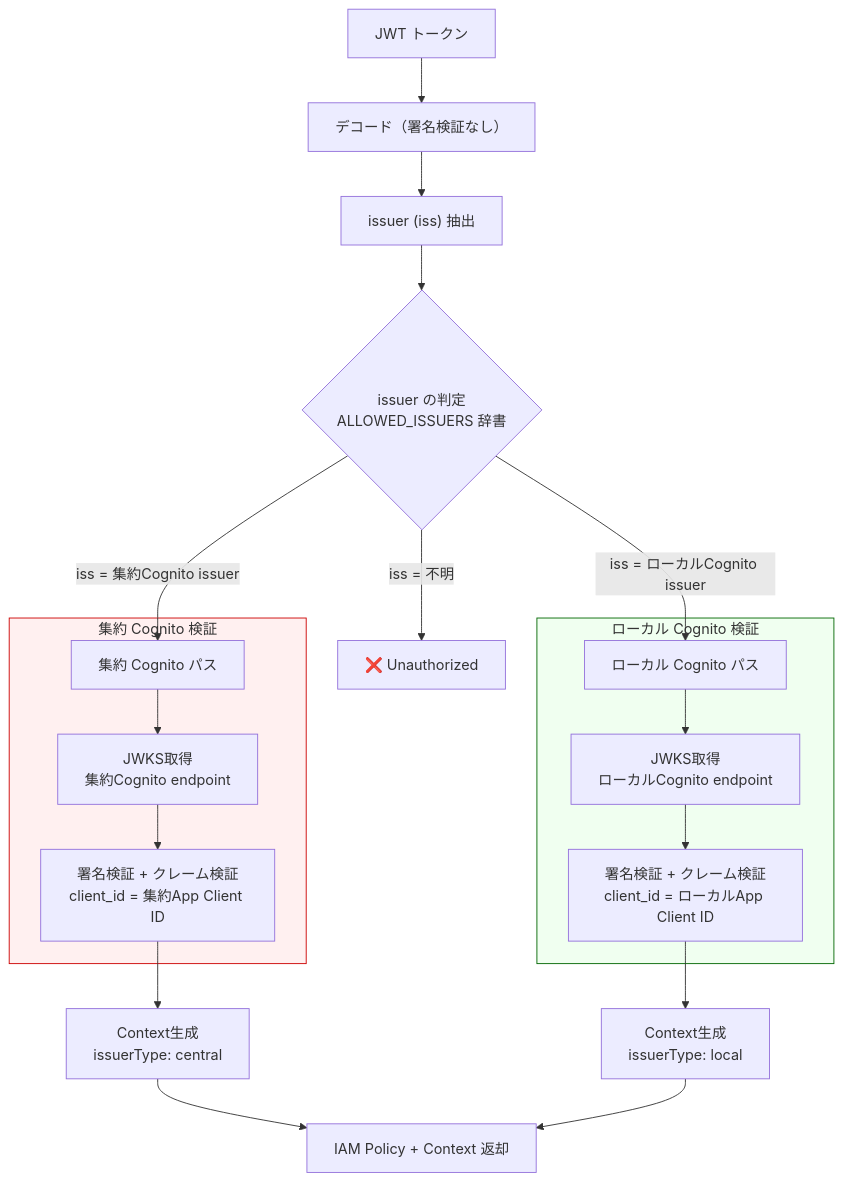
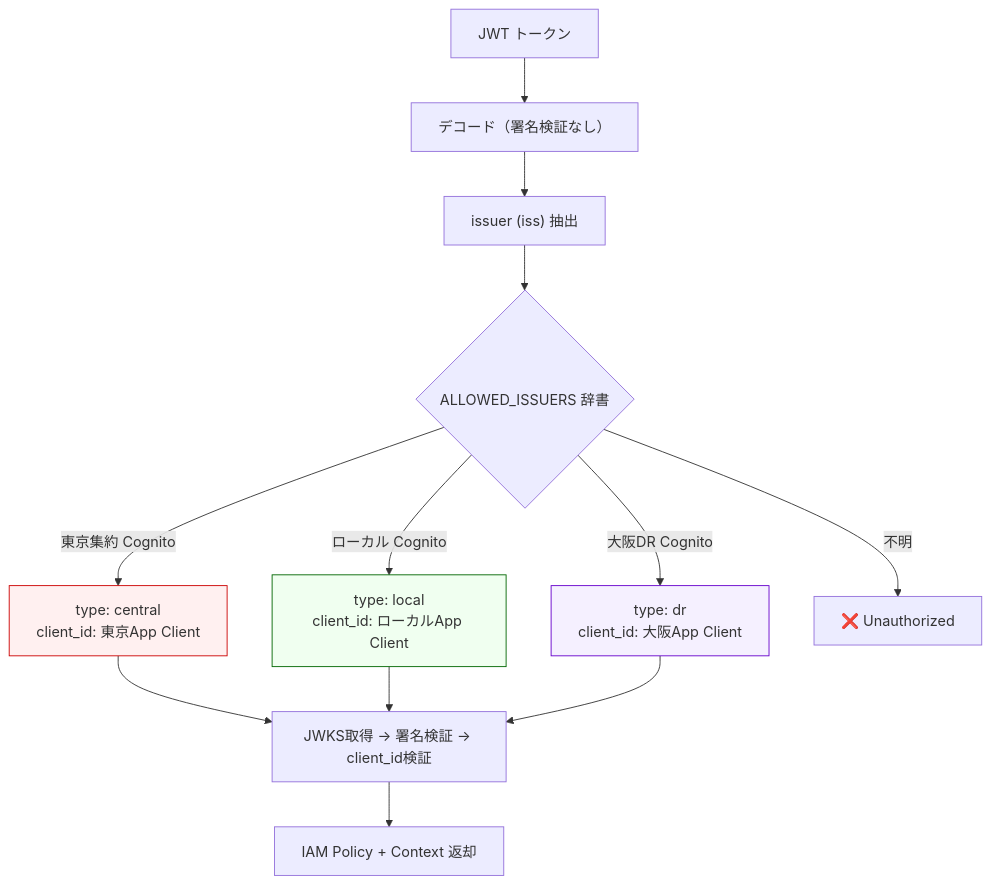
The third of 5 diagrams in doc/design/auth-flow.md (suepie/aws-atuh-poc), drawn with Mermaid before and after one commit. The commit also changed other lines of this file and 10 other files, not shown here.

````diff
--- a/doc/design/auth-flow.md
+++ b/doc/design/auth-flow.md
@@ -177,30 +108,20 @@
 ```mermaid
 flowchart TB
     JWT["JWT トークン"] --> Decode["デコード（署名検証なし）"]
     Decode --> ExtractIss["issuer (iss) 抽出"]
+    ExtractIss --> Check{ALLOWED_ISSUERS 辞書}
 
-    ExtractIss --> Check{issuer の判定<br/>ALLOWED_ISSUERS 辞書}
+    Check -->|"東京集約 Cognito"| Central["type: central\nclient_id: 東京App Client"]
+    Check -->|"ローカル Cognito"| Local["type: local\nclient_id: ローカルApp Client"]
+    Check -->|"大阪DR Cognito"| DR["type: dr\nclient_id: 大阪App Client"]
+    Check -->|"不明"| Deny["❌ Unauthorized"]
 
-    Check -->|"iss = 集約Cognito issuer"| Central["集約 Cognito パス"]
-    Check -->|"iss = ローカルCognito issuer"| Local["ローカル Cognito パス"]
-    Check -->|"iss = 不明"| Deny["❌ Unauthorized"]
+    Central --> Verify["JWKS取得 → 署名検証 → client_id検証"]
+    Local --> Verify
+    DR --> Verify
+    Verify --> Policy["IAM Policy + Context 返却"]
 
-    subgraph CentralFlow["集約 Cognito 検証"]
-        Central --> CentralJWKS["JWKS取得\n集約Cognito endpoint"]
-        CentralJWKS --> CentralVerify["署名検証 + クレーム検証\nclient_id = 集約App Client ID"]
-    end
-
-    subgraph LocalFlow["ローカル Cognito 検証"]
-        Local --> LocalJWKS["JWKS取得\nローカルCognito endpoint"]
-        LocalJWKS --> LocalVerify["署名検証 + クレーム検証\nclient_id = ローカルApp Client ID"]
-    end
-
-    CentralVerify --> Context["Context生成\nissuerType: central"]
-    LocalVerify --> Context2["Context生成\nissuerType: local"]
-
-    Context --> Policy["IAM Policy + Context 返却"]
-    Context2 --> Policy
-
-    style CentralFlow fill:#fff0f0,stroke:#cc0000
-    style LocalFlow fill:#f0fff0,stroke:#006600
+    style Central fill:#fff0f0,stroke:#cc0000
+    style Local fill:#f0fff0,stroke:#006600
+    style DR fill:#f5f0ff,stroke:#6600cc
 ```
````
